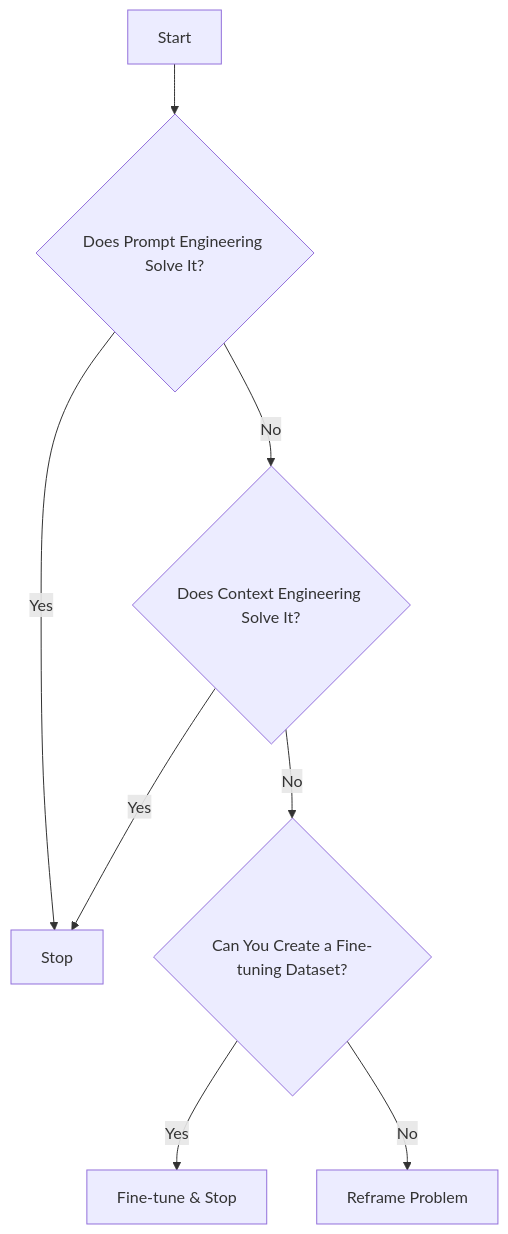
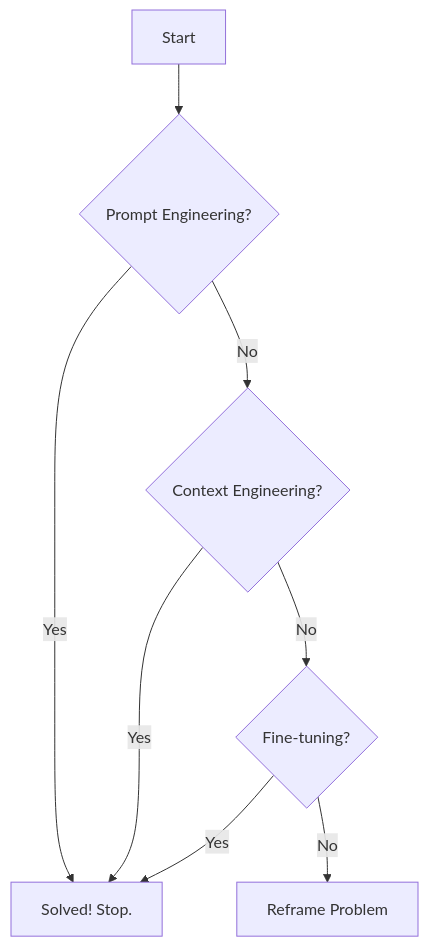
One commit to shoaibkhanz/agentic-ai-engineering-course changed the first of 2 diagrams in lessons/03_context_engineering/article.md. Above: the diagram before and after it, drawn with Mermaid. The commit also changed other lines of this file and 1 other file, not shown here.

````diff
--- a/lessons/03_context_engineering/article.md
+++ b/lessons/03_context_engineering/article.md
@@ -31,10 +35,10 @@
 ```mermaid
 graph TD
-    A[Start] --> B{Does Prompt Engineering Solve It?};
-    B -- Yes --> C[Stop];
-    B -- No --> D{Does Context Engineering Solve It?};
-    D -- Yes --> C;
-    D -- No --> E{Can You Create a Fine-tuning Dataset?};
-    E -- Yes --> F[Fine-tune & Stop];
-    E -- No --> G[Reframe Problem];
+    A["Start"] --> B{"Prompt Engineering?"}
+    B -->|"Yes"| C["Solved! Stop."]
+    B -->|"No"| D{"Context Engineering?"}
+    D -->|"Yes"| C
+    D -->|"No"| E{"Fine-tuning?"}
+    E -->|"Yes"| C
+    E -->|"No"| F["Reframe Problem"]
 ```
````
